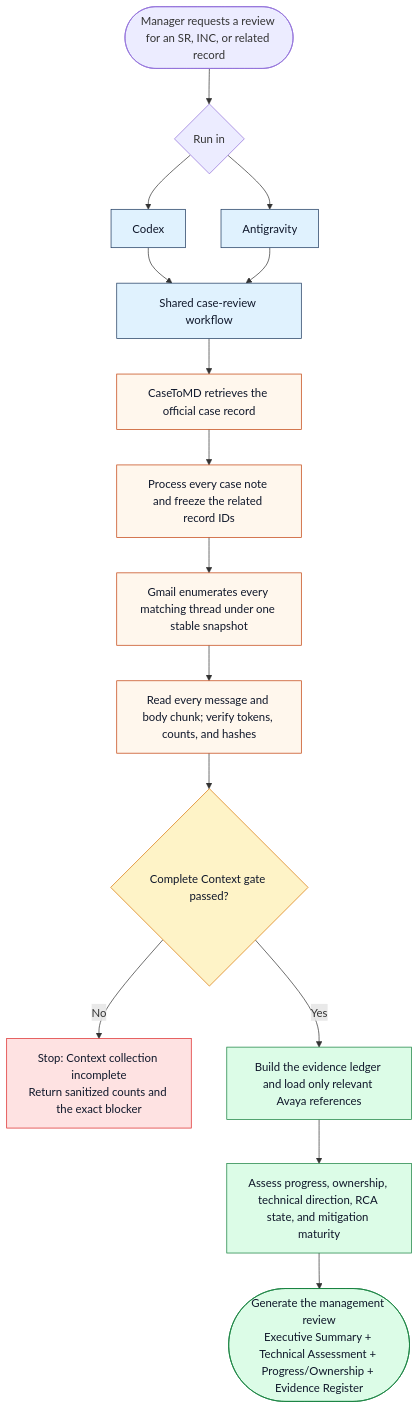
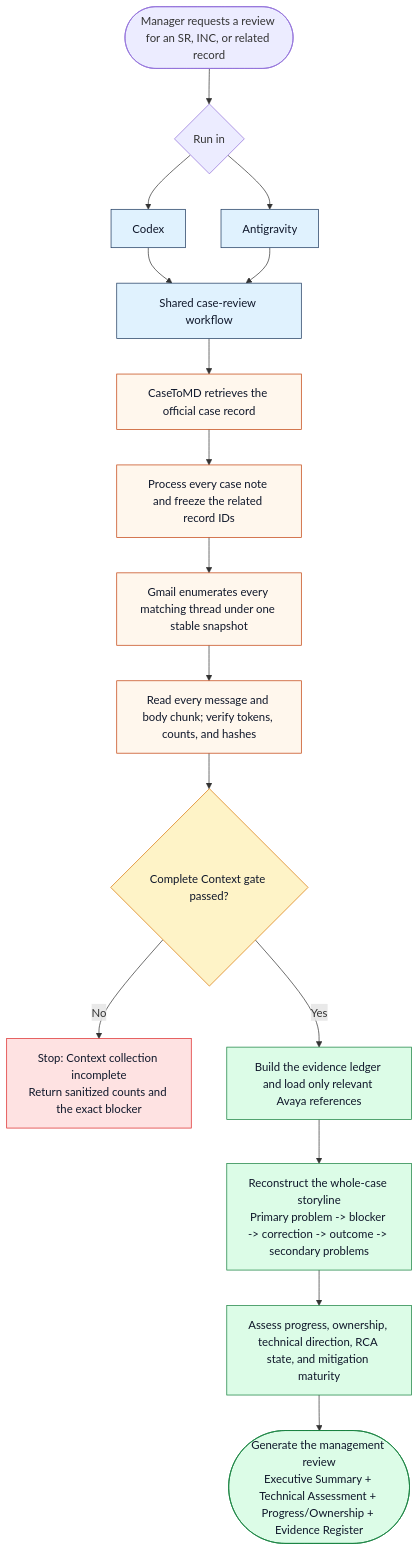
Before and after one commit to avayahmao/avaya-case-review-pack: the diagram in README.md, drawn with Mermaid. The commit also changed other lines of this file and 11 other files, not shown here.

Commit message:
feat(case-review): add whole-case storyline

````diff
--- a/README.md
+++ b/README.md
@@ -11,29 +11,30 @@
 ```mermaid
 flowchart TD
     Request(["Manager requests a review for an SR, INC, or related record"])
     Request --> Host{"Run in"}
     Host --> Codex["Codex"]
     Host --> Antigravity["Antigravity"]
     Codex --> Workflow["Shared case-review workflow"]
     Antigravity --> Workflow
     Workflow --> CaseToMD["CaseToMD retrieves the official case record"]
     CaseToMD --> Scope["Process every case note and freeze the related record IDs"]
     Scope --> Gmail["Gmail enumerates every matching thread under one stable snapshot"]
     Gmail --> Verify["Read every message and body chunk; verify tokens, counts, and hashes"]
     Verify --> Gate{"Complete Context gate passed?"}
     Gate -->|No| Blocked["Stop: Context collection incomplete<br/>Return sanitized counts and the exact blocker"]
     Gate -->|Yes| Evidence["Build the evidence ledger and load only relevant Avaya references"]
-    Evidence --> Assess["Assess progress, ownership, technical direction, RCA state, and mitigation maturity"]
+    Evidence --> Storyline["Reconstruct the whole-case storyline<br/>Primary problem -> blocker -> correction -> outcome -> secondary problems"]
+    Storyline --> Assess["Assess progress, ownership, technical direction, RCA state, and mitigation maturity"]
     Assess --> Report(["Generate the management review<br/>Executive Summary + Technical Assessment + Progress/Ownership + Evidence Register"])
 
     classDef host fill:#e0f2fe,stroke:#1e3a5f,color:#0f172a;
     classDef source fill:#fff7ed,stroke:#c2410c,color:#0f172a;
     classDef gate fill:#fef3c7,stroke:#d97706,color:#0f172a;
     classDef blocked fill:#fee2e2,stroke:#dc2626,color:#0f172a;
     classDef output fill:#dcfce7,stroke:#15803d,color:#0f172a;
     class Codex,Antigravity,Workflow host;
     class CaseToMD,Scope,Gmail,Verify source;
     class Gate gate;
     class Blocked blocked;
-    class Evidence,Assess,Report output;
+    class Evidence,Storyline,Assess,Report output;
 ```
````
